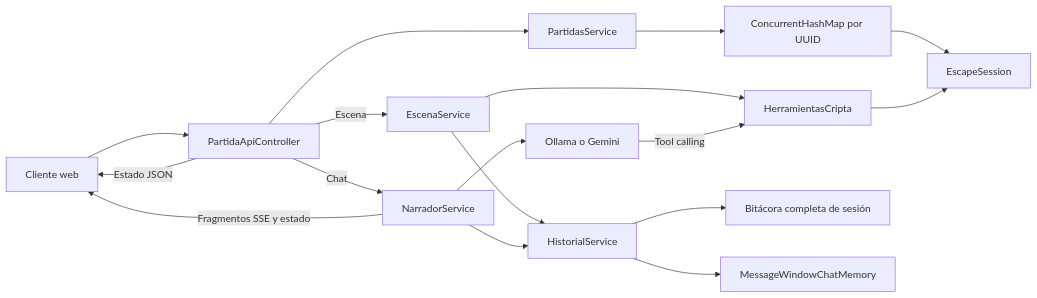
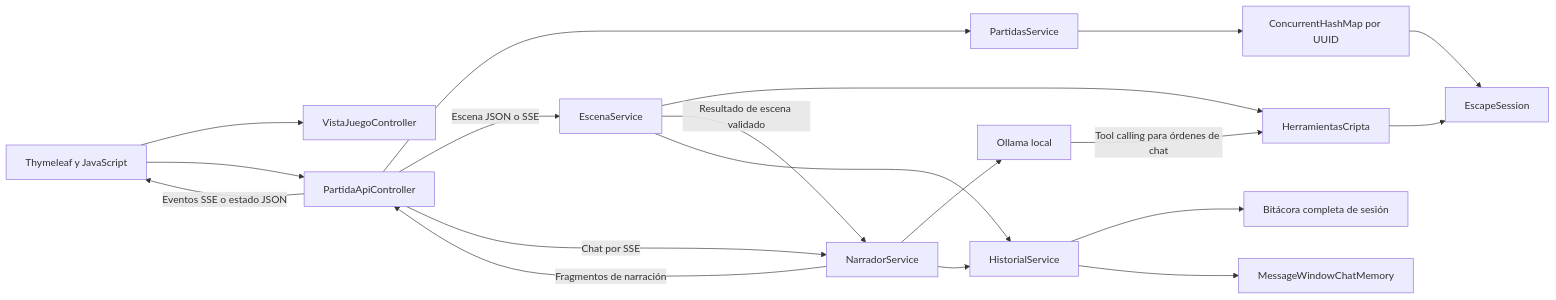
One commit to hiemnmdhip-it/escape-room-ia changed the diagram in docs/03-ARQUITECTURA-Y-FLUJOS.md. Above: the diagram before and after it, drawn with Mermaid. The commit also changed other lines of this file and 26 other files, not shown here.

````diff
--- a/docs/03-ARQUITECTURA-Y-FLUJOS.md
+++ b/docs/03-ARQUITECTURA-Y-FLUJOS.md
@@ -12,19 +12,21 @@
 ```mermaid
 flowchart LR
-    U["Cliente web"] --> C["PartidaApiController"]
+    U["Thymeleaf y JavaScript"] --> V["VistaJuegoController"]
+    U --> C["PartidaApiController"]
     C --> P["PartidasService"]
     P --> M["ConcurrentHashMap por UUID"]
     M --> S["EscapeSession"]
-    C -->|"Escena"| E["EscenaService"]
+    C -->|"Escena JSON o SSE"| E["EscenaService"]
     E --> T["HerramientasCripta"]
-    C -->|"Chat"| N["NarradorService"]
-    N --> L["Ollama o Gemini"]
-    L -->|"Tool calling"| T
+    C -->|"Chat por SSE"| N["NarradorService"]
+    E -->|"Resultado de escena validado"| N
+    N --> L["Ollama local"]
+    L -->|"Tool calling para órdenes de chat"| T
     T --> S
-    N -->|"Fragmentos SSE y estado"| U
-    C -->|"Estado JSON"| U
+    N -->|"Fragmentos de narración"| C
+    C -->|"Eventos SSE o estado JSON"| U
     E --> H["HistorialService"]
     N --> H
     H --> B["Bitácora completa de sesión"]
     H --> W["MessageWindowChatMemory"]
 ```
````
